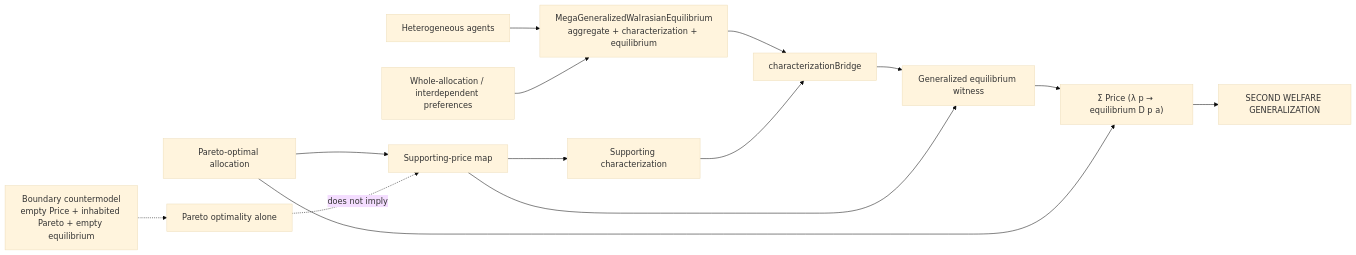
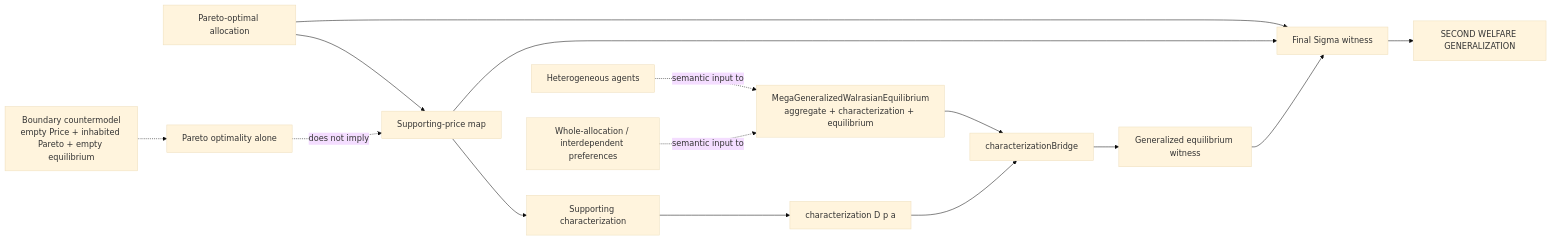
Before and after one commit to JohnChristianD/Actions: the diagram in .ci/discovery/second-welfare-generalization-graph.md, drawn with Mermaid (base theme). The commit also changed other lines of this file, not shown here.

Commit message:
docs: correct generalized second welfare dependency graph

````diff
--- a/.ci/discovery/second-welfare-generalization-graph.md
+++ b/.ci/discovery/second-welfare-generalization-graph.md
@@ -3,16 +3,17 @@
 ```mermaid
 flowchart LR
   D["MegaGeneralizedWalrasianEquilibrium<br/>aggregate + characterization + equilibrium"] --> B["characterizationBridge"]
   P["Pareto-optimal allocation"] --> SP["Supporting-price map"]
-  SP --> CH["Supporting characterization"]
-  CH --> B
+  SP --> PC["Supporting characterization"]
+  PC --> C["characterization D p a"]
+  C --> B
   B --> EQ["Generalized equilibrium witness"]
-  SP --> EQ
-  H["Heterogeneous agents"] --> D
-  I["Whole-allocation / interdependent preferences"] --> D
-  EQ --> R["Σ Price (λ p → equilibrium D p a)"]
-  P --> R
+  P --> R["Final Sigma witness"]
+  SP --> R
+  EQ --> R
+  H["Heterogeneous agents"] -. semantic input to .-> D
+  I["Whole-allocation / interdependent preferences"] -. semantic input to .-> D
   N["Pareto optimality alone"] -.->|does not imply| SP
   X["Boundary countermodel<br/>empty Price + inhabited Pareto + empty equilibrium"] -.-> N
   R --> G["SECOND WELFARE GENERALIZATION"]
 ```
````
